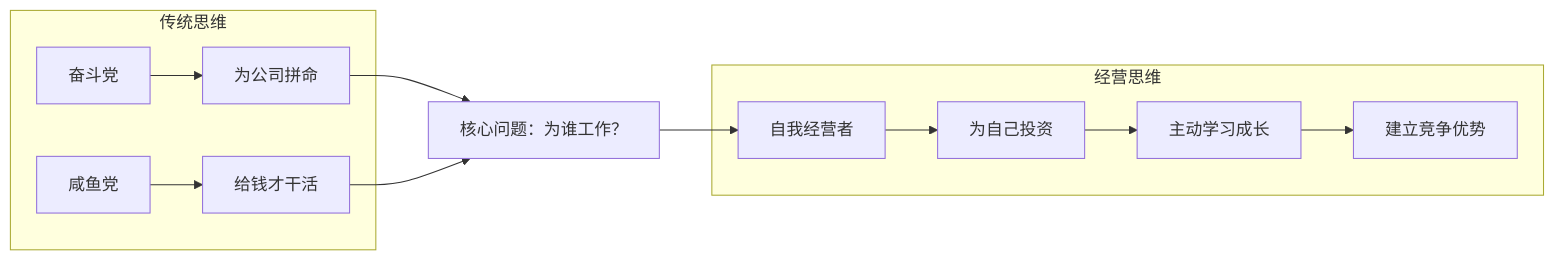
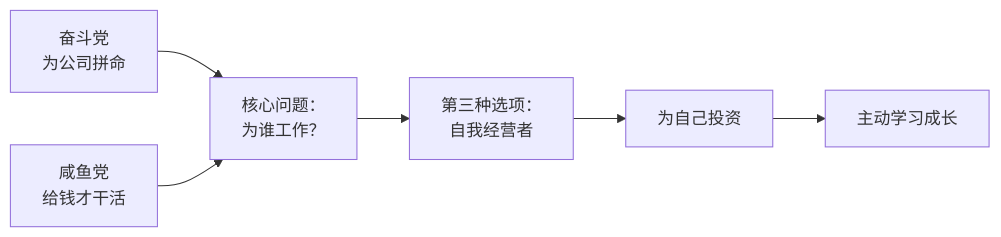
The second of 12 diagrams in docs/13.书籍/02.小人物的进修/05.经营好自我公司.md (chongyang211/YCBookBlog), drawn with Mermaid before and after one commit. The commit also changed other lines of this file and 109 other files, not shown here.

````diff
--- a/docs/13.书籍/02.小人物的进修/05.经营好自我公司.md
+++ b/docs/13.书籍/02.小人物的进修/05.经营好自我公司.md
@@ -72,17 +67,8 @@
 ```mermaid
 graph LR
-    subgraph "传统思维"
-        A1[奋斗党] --> A2[为公司拼命]
-        A3[咸鱼党] --> A4[给钱才干活]
-    end
-    
-    subgraph "经营思维"
-        B1[自我经营者] --> B2[为自己投资]
-        B2 --> B3[主动学习成长]
-        B3 --> B4[建立竞争优势]
-    end
-    
-    A2 --> C[核心问题：为谁工作？]
-    A4 --> C
-    C --> B1
+    A1[奋斗党<br/>为公司拼命] --> C[核心问题：<br/>为谁工作？]
+    A3[咸鱼党<br/>给钱才干活] --> C
+    C --> B1[第三种选项：<br/>自我经营者]
+    B1 --> B2[为自己投资]
+    B2 --> B3[主动学习成长]
 ```
````
